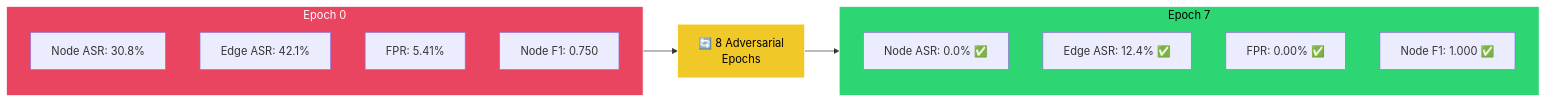
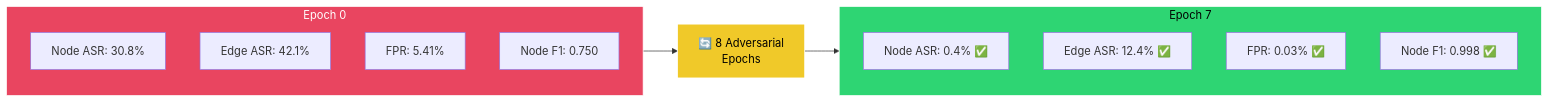
Before and after one commit to Tarun-Singh1819/Mastercard-AI-Defense-Lab-2026: the seventh of 7 diagrams in README.md, drawn with Mermaid. The commit also changed other lines of this file, not shown here.

Commit message:
docs: remove quickstart and refine FPR and ASR metrics

````diff
--- a/README.md
+++ b/README.md
@@ -427,24 +426,24 @@
 ```mermaid
 flowchart LR
     subgraph BEFORE["Epoch 0"]
         B1["Node ASR: 30.8%"]
         B2["Edge ASR: 42.1%"]
         B3["FPR: 5.41%"]
         B4["Node F1: 0.750"]
     end
 
     ARROW["🔄 8 Adversarial<br/>Epochs"]
 
     subgraph AFTER["Epoch 7"]
-        A1["Node ASR: 0.0% ✅"]
+        A1["Node ASR: 0.4% ✅"]
         A2["Edge ASR: 12.4% ✅"]
-        A3["FPR: 0.00% ✅"]
-        A4["Node F1: 1.000 ✅"]
+        A3["FPR: 0.03% ✅"]
+        A4["Node F1: 0.998 ✅"]
     end
 
     BEFORE --> ARROW --> AFTER
 
     style BEFORE fill:#e94560,stroke:#fff,color:#fff
     style AFTER fill:#2ed573,stroke:#fff,color:#000
     style ARROW fill:#f0c929,stroke:#fff,color:#000
 ```
````
